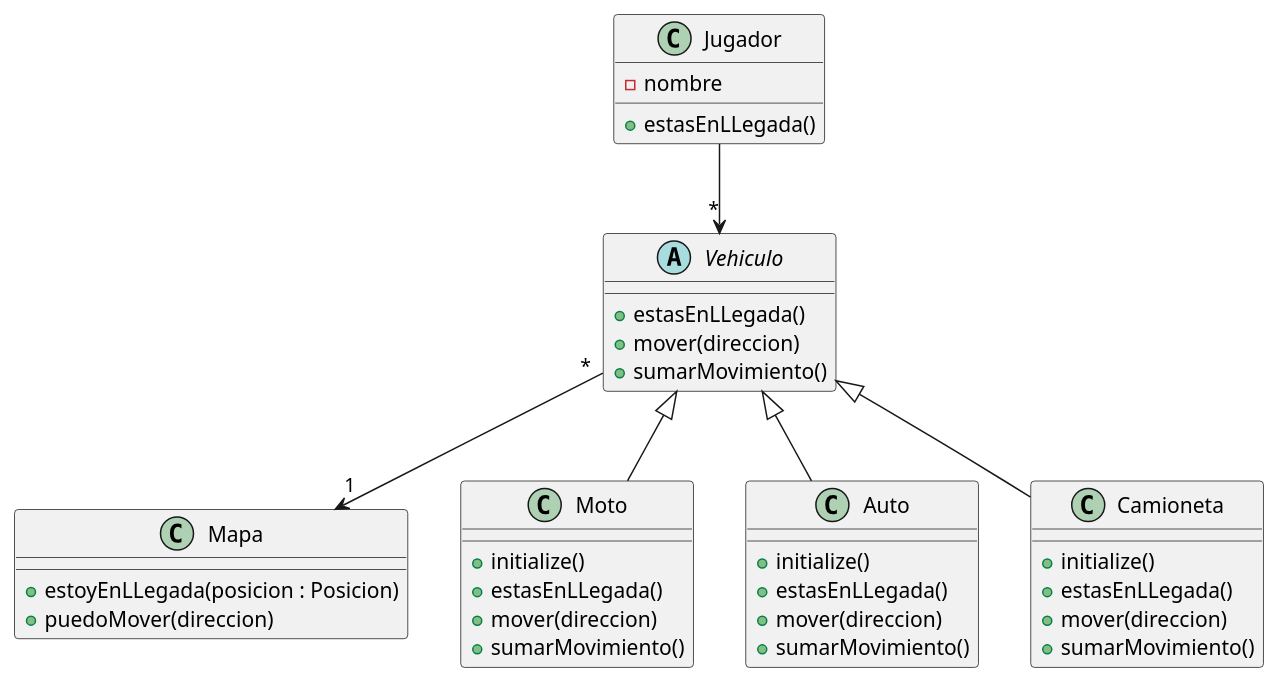
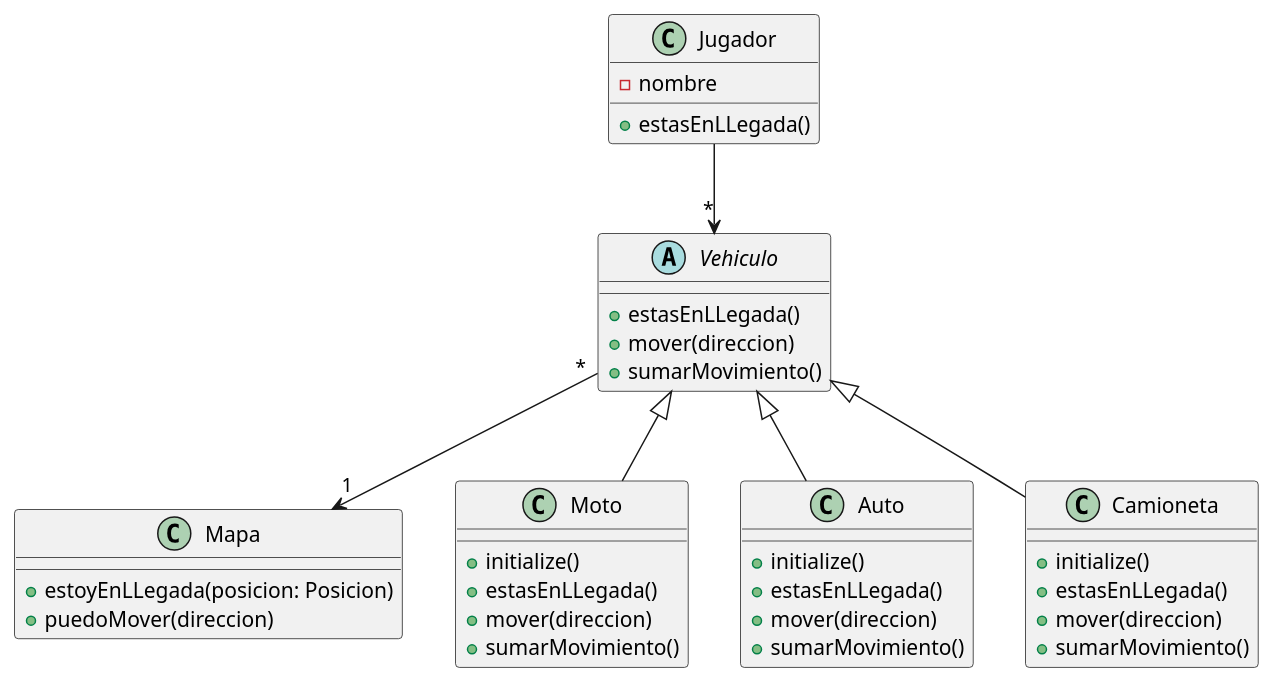
The diagram in diagrams/classes/dcl.plantuml (ianmku/algo3_tp2), drawn with PlantUML before and after one commit. The commit also changed 3 other files, not shown here.

```diff
--- a/diagrams/classes/dcl.plantuml
+++ b/diagrams/classes/dcl.plantuml
@@ -1,45 +1,45 @@
 @startuml
 class Jugador {
         -nombre
         +estasEnLLegada()
 }
 
 Abstract class Vehiculo {
         +estasEnLLegada()
         +mover(direccion)
         +sumarMovimiento()
 }
 
 class Mapa {
-        +estoyEnLLegada(posicion : Posicion)
+        +estoyEnLLegada(posicion: Posicion)
         +puedoMover(direccion)
 }
 
 class Moto {
         + initialize()
         +estasEnLLegada()
         +mover(direccion)
         +sumarMovimiento()
 }
 
 class Auto {
         + initialize()
         +estasEnLLegada()
         +mover(direccion)
         +sumarMovimiento()
 }
 
 class Camioneta {
         + initialize()
         +estasEnLLegada()
         +mover(direccion)
         +sumarMovimiento()
 }
 
 Vehiculo <|-- Moto
 Vehiculo <|-- Auto
 Vehiculo <|-- Camioneta
 Jugador --> "*" Vehiculo
 Vehiculo "*" --> "1" Mapa
 
 @enduml
```
